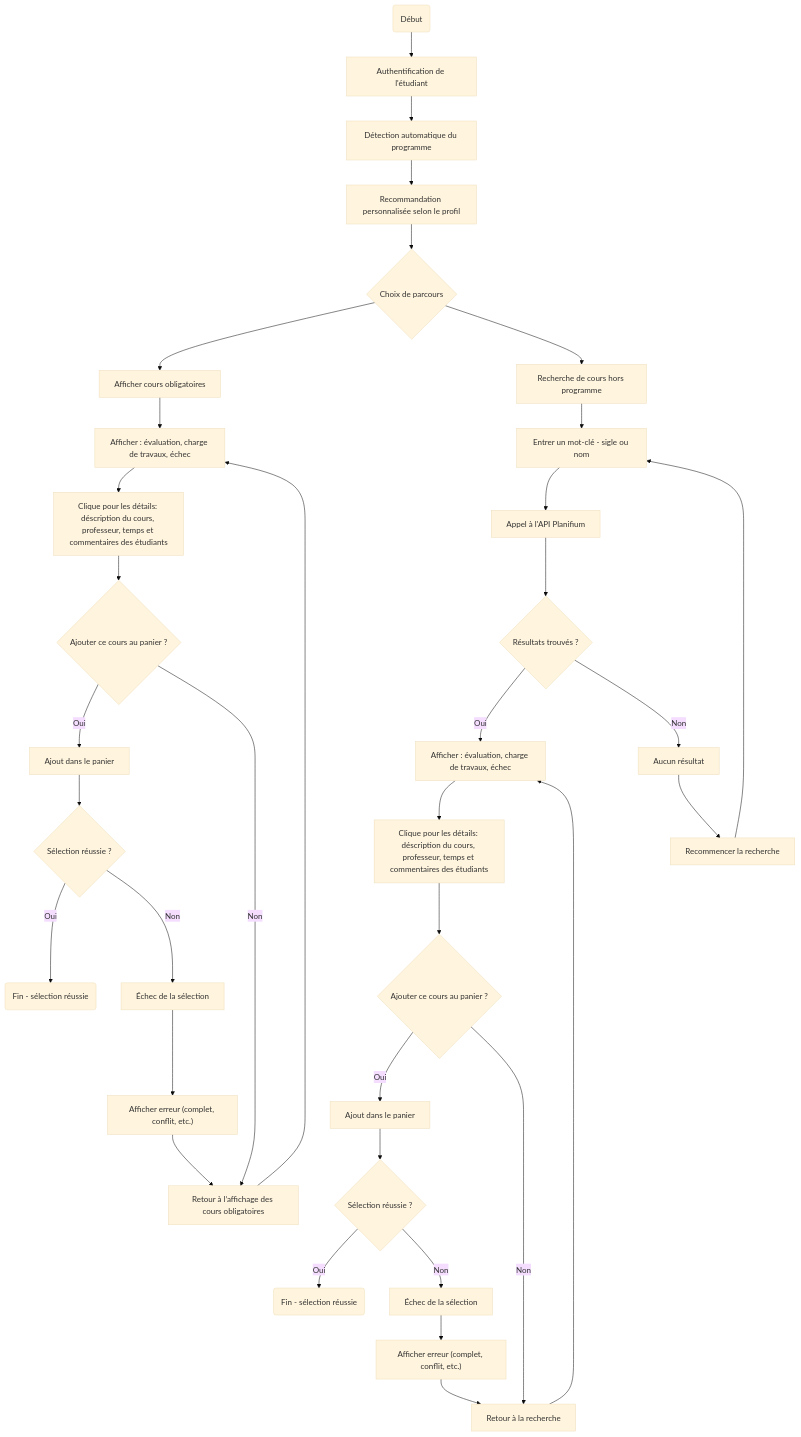
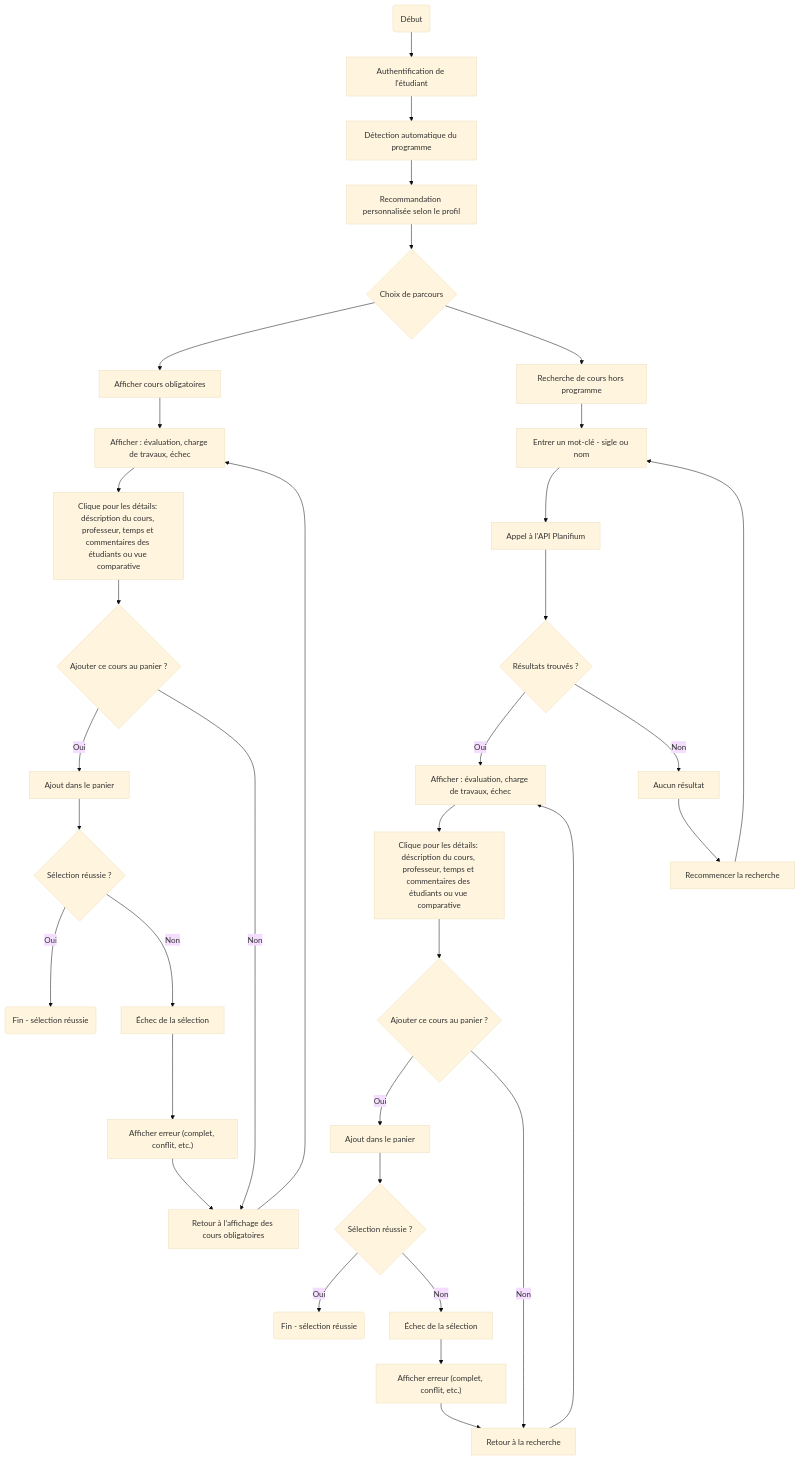
One commit to cmpspablo01/template_devoir_genie_logiciel changed the diagram in docs/besoins/flux-principaux.md. Above: the diagram before and after it, drawn with Mermaid (base theme). The commit also changed other lines of this file, not shown here.

````diff
--- a/docs/besoins/flux-principaux.md
+++ b/docs/besoins/flux-principaux.md
@@ -15,44 +15,44 @@
 ```mermaid
 flowchart TD
     start(Début) --> auth[Authentification de l'étudiant]
     auth --> detectProg[Détection automatique du programme]
     detectProg --> recommandation[Recommandation personnalisée selon le profil]
     recommandation --> parallele{"Choix de parcours"}
 
     %% Branche 1 : Cours obligatoires
     parallele --> obligatoires[Afficher cours obligatoires]
     obligatoires --> afficheOblig[Afficher : évaluation, charge de travaux, échec]
-    afficheOblig --> clicOblig[Clique pour les détails: déscription du cours, professeur, temps et commentaires des étudiants]
+    afficheOblig --> clicOblig[Clique pour les détails: déscription du cours, professeur, temps et commentaires des étudiants ou vue comparative]
     clicOblig --> choixAjoutOblig{Ajouter ce cours au panier ?}
     choixAjoutOblig -- Oui --> ajoutOblig[Ajout dans le panier]
     choixAjoutOblig -- Non --> retourOblig[Retour à la liste des cours]
     retourOblig --> afficheOblig
     ajoutOblig --> verifOblig{Sélection réussie ?}
     verifOblig -- Oui --> fin1(Fin - sélection réussie)
     verifOblig -- Non --> echec1["Échec de la sélection"]
     echec1 --> msgErreur1["Afficher erreur (complet, conflit, etc.)"]
     msgErreur1 --> retourOblig[Retour à l’affichage des cours obligatoires]
     
 
     %% Branche 2 : Recherche de cours hors programme
     parallele --> recherche[Recherche de cours hors programme]
     recherche --> entreeMotCle[Entrer un mot-clé - sigle ou nom]
     entreeMotCle --> apiCall[Appel à l'API Planifium]
     apiCall --> resultats{Résultats trouvés ?}
 
     resultats -- Oui --> afficheCours[Afficher : évaluation, charge de travaux, échec]
-    afficheCours --> clicDetails[Clique pour les détails: déscription du cours, professeur, temps et commentaires des étudiants]
+    afficheCours --> clicDetails[Clique pour les détails: déscription du cours, professeur, temps et commentaires des étudiants ou vue comparative]
     clicDetails --> choixAjoutHors{Ajouter ce cours au panier ?}
     choixAjoutHors -- Oui --> ajoutHors[Ajout dans le panier]
     choixAjoutHors -- Non --> retourHors[Retour à la liste des résultats]
     retourHors --> afficheCours
     ajoutHors --> verifHors{Sélection réussie ?}
     verifHors -- Oui --> fin2(Fin - sélection réussie)
     verifHors -- Non --> echec2["Échec de la sélection"]
     echec2 --> msgErreur2["Afficher erreur (complet, conflit, etc.)"]
     msgErreur2 --> retourHors[Retour à la recherche]
 
     resultats -- Non --> rienTrouve["Aucun résultat"]
     rienTrouve --> nouvelleRecherche[Recommencer la recherche]
     nouvelleRecherche --> entreeMotCle
 ```
````
